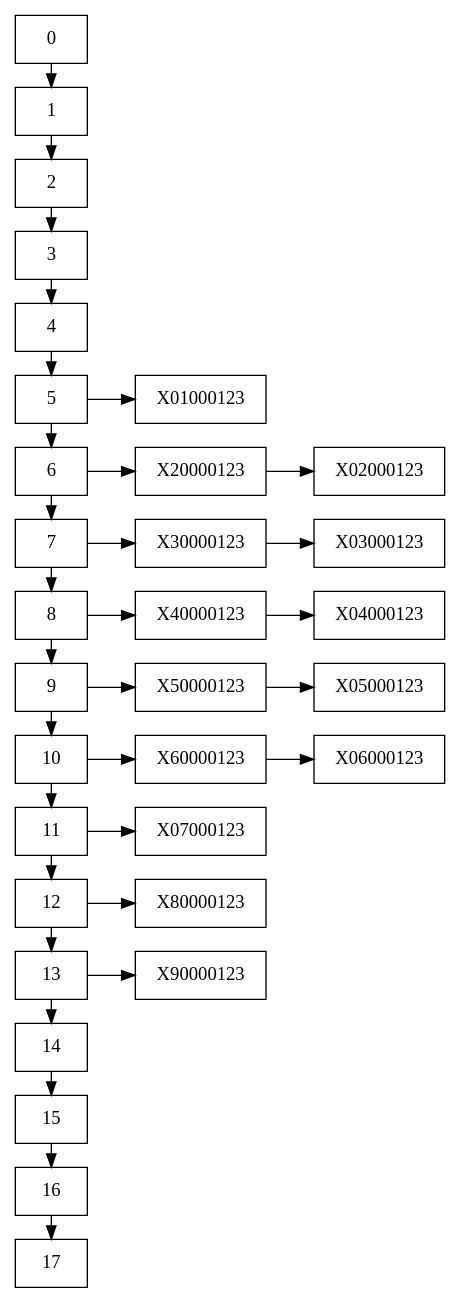
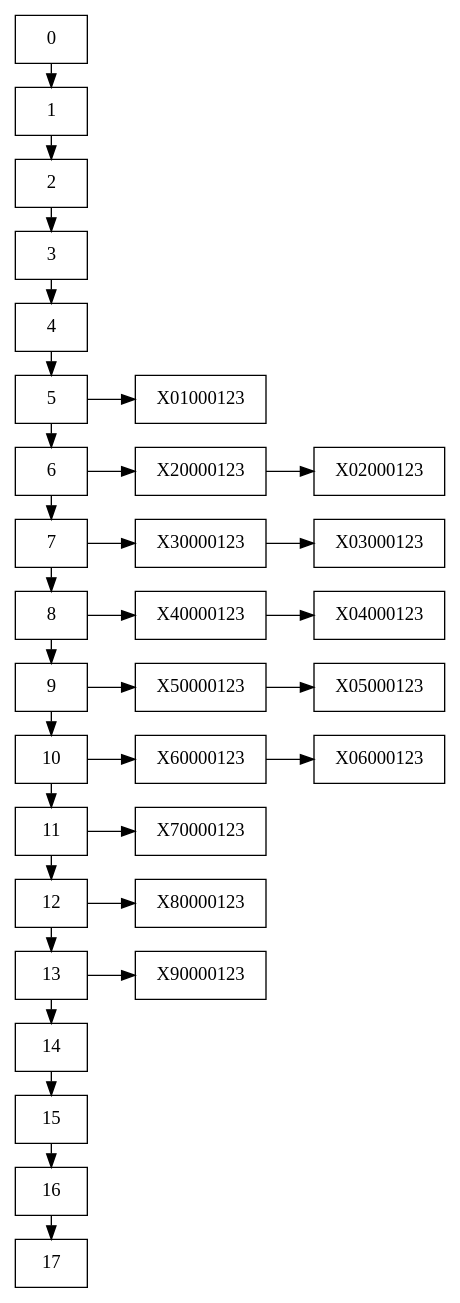
Before and after one commit to Edwinhndz/201807124_EDD_Proyecto: the diagram in TablaHash.dot, drawn with Graphviz. The commit also changed 20 other files, not shown here.

```diff
--- a/TablaHash.dot
+++ b/TablaHash.dot
@@ -1,64 +1,64 @@
 digraph G {
 rankdir=LR;
 
  node [shape=box];
 node0[label="0" shape=box];
 node1[label="1" shape=box];
 node2[label="2" shape=box];
 node3[label="3" shape=box];
 node4[label="4" shape=box];
 node5[label="5" shape=box];
 node6[label="6" shape=box];
 node7[label="7" shape=box];
 node8[label="8" shape=box];
 node9[label="9" shape=box];
 node10[label="10" shape=box];
 node11[label="11" shape=box];
 node12[label="12" shape=box];
 node13[label="13" shape=box];
 node14[label="14" shape=box];
 node15[label="15" shape=box];
 node16[label="16" shape=box];
 node17[label="17" shape=box];
 {rank =same; node0 node1 node2 node3 node4 node5 node6 node7 node8 node9 node10 node11 node12 node13 node14 node15 node16 node17}node0 -> node1;
 node1 -> node2;
 node2 -> node3;
 node3 -> node4;
 node4 -> node5;
 node5 -> node6;
 node6 -> node7;
 node7 -> node8;
 node8 -> node9;
 node9 -> node10;
 node10 -> node11;
 node11 -> node12;
 node12 -> node13;
 node13 -> node14;
 node14 -> node15;
 node15 -> node16;
 node16 -> node17;
 
 X01000123 [label="X01000123" , shape=box];
 X20000123 [label="X20000123" , shape=box];
 X02000123 [label="X02000123" , shape=box];
 X30000123 [label="X30000123" , shape=box];
 X03000123 [label="X03000123" , shape=box];
 X40000123 [label="X40000123" , shape=box];
 X04000123 [label="X04000123" , shape=box];
 X50000123 [label="X50000123" , shape=box];
 X05000123 [label="X05000123" , shape=box];
 X60000123 [label="X60000123" , shape=box];
 X06000123 [label="X06000123" , shape=box];
-X07000123 [label="X07000123" , shape=box];
+X70000123 [label="X70000123" , shape=box];
 X80000123 [label="X80000123" , shape=box];
 X90000123 [label="X90000123" , shape=box];
 node5 -> X01000123;
 node6 -> X20000123 -> X02000123;
 node7 -> X30000123 -> X03000123;
 node8 -> X40000123 -> X04000123;
 node9 -> X50000123 -> X05000123;
 node10 -> X60000123 -> X06000123;
-node11 -> X07000123;
+node11 -> X70000123;
 node12 -> X80000123;
 node13 -> X90000123;
 }
```
